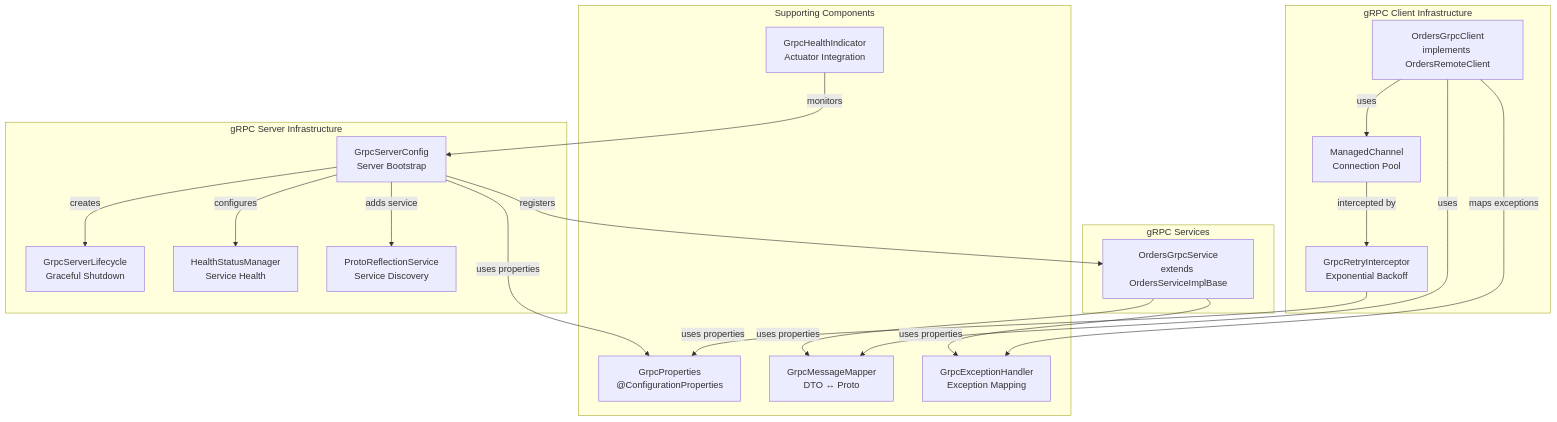
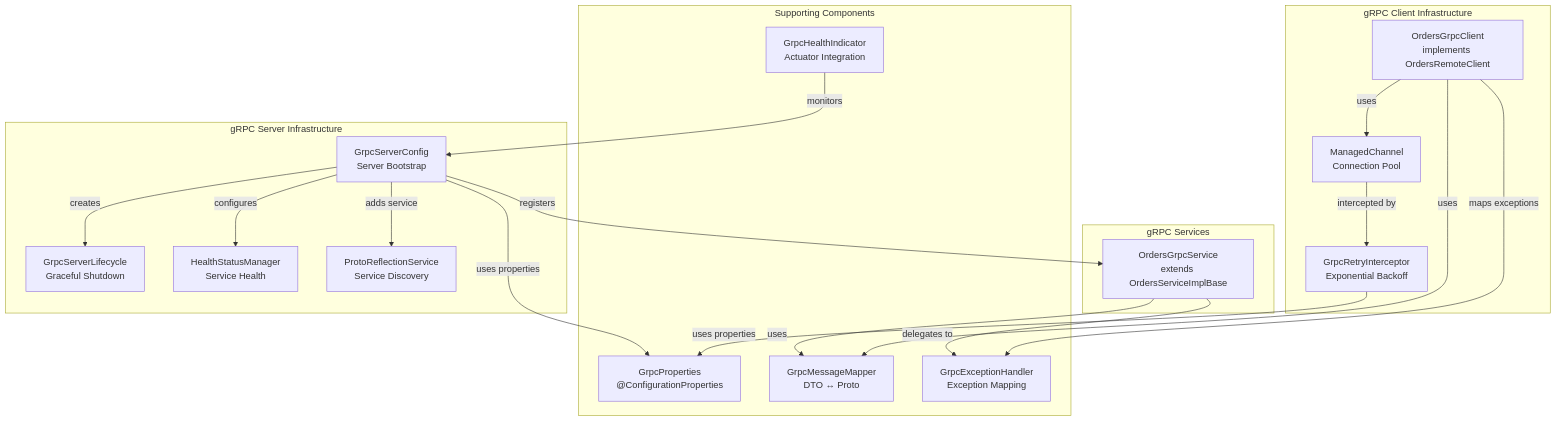
One commit to philipz/spring-modular-monolith changed the first of 11 diagrams in docs/deepwiki/gRPC-Infrastructure.md. Above: the diagram before and after it, drawn with Mermaid. The commit also changed other lines of this file and 32 other files, not shown here.

````diff
--- a/docs/deepwiki/gRPC-Infrastructure.md
+++ b/docs/deepwiki/gRPC-Infrastructure.md
@@ -33,54 +33,54 @@
 ```mermaid
 flowchart TD
 
 GrpcServerConfig["GrpcServerConfig<br>Server Bootstrap"]
 ServerLifecycle["GrpcServerLifecycle<br>Graceful Shutdown"]
 HealthStatusManager["HealthStatusManager<br>Service Health"]
 ProtoReflection["ProtoReflectionService<br>Service Discovery"]
 OrdersGrpcService["OrdersGrpcService<br>extends OrdersServiceImplBase"]
 OrdersGrpcClient["OrdersGrpcClient<br>implements OrdersRemoteClient"]
 ManagedChannel["ManagedChannel<br>Connection Pool"]
 GrpcRetryInterceptor["GrpcRetryInterceptor<br>Exponential Backoff"]
 GrpcProperties["GrpcProperties<br>@ConfigurationProperties"]
 GrpcMessageMapper["GrpcMessageMapper<br>DTO ↔ Proto"]
 GrpcExceptionHandler["GrpcExceptionHandler<br>Exception Mapping"]
 GrpcHealthIndicator["GrpcHealthIndicator<br>Actuator Integration"]
 
 GrpcServerConfig -->|"registers"| OrdersGrpcService
 GrpcServerConfig -->|"uses properties"| GrpcProperties
-OrdersGrpcService -->|"uses properties"| GrpcMessageMapper
-OrdersGrpcService -->|"uses properties"| GrpcExceptionHandler
+OrdersGrpcService -->|"uses"| GrpcMessageMapper
+OrdersGrpcService -->|"delegates to"| GrpcExceptionHandler
 OrdersGrpcClient -->|"uses"| GrpcMessageMapper
 OrdersGrpcClient -->|"maps exceptions"| GrpcExceptionHandler
 GrpcRetryInterceptor -->|"uses properties"| GrpcProperties
 GrpcHealthIndicator -->|"monitors"| GrpcServerConfig
 
 subgraph subGraph3 ["Supporting Components"]
     GrpcProperties
     GrpcMessageMapper
     GrpcExceptionHandler
     GrpcHealthIndicator
 end
 
 subgraph subGraph2 ["gRPC Client Infrastructure"]
     OrdersGrpcClient
     ManagedChannel
     GrpcRetryInterceptor
     OrdersGrpcClient -->|"uses"| ManagedChannel
     ManagedChannel -->|"intercepted by"| GrpcRetryInterceptor
 end
 
 subgraph subGraph1 ["gRPC Services"]
     OrdersGrpcService
 end
 
 subgraph subGraph0 ["gRPC Server Infrastructure"]
     GrpcServerConfig
     ServerLifecycle
     HealthStatusManager
     ProtoReflection
     GrpcServerConfig -->|"creates"| ServerLifecycle
     GrpcServerConfig -->|"configures"| HealthStatusManager
     GrpcServerConfig -->|"adds service"| ProtoReflection
 end
 ```
````
